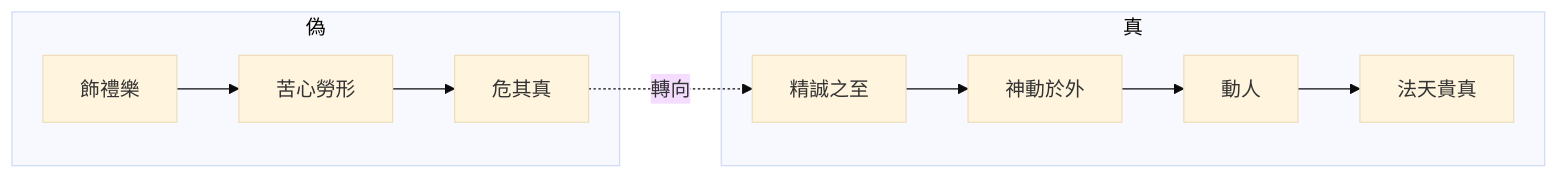
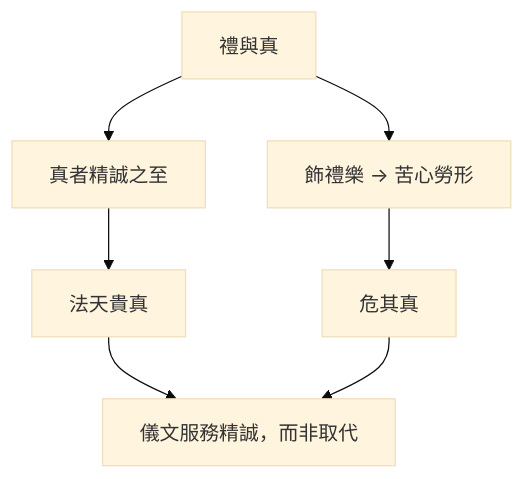
Before and after one commit to show0621/zhuangzi-atlas: the second of 2 diagrams in content/chapters/03-雜篇/31-漁父.md, drawn with Mermaid (base theme). The commit also changed other lines of this file and 61 other files, not shown here.

First line of the commit message:
editorial: §16 心智圖改為思想收束，與結構圖分工

````diff
--- a/content/chapters/03-雜篇/31-漁父.md
+++ b/content/chapters/03-雜篇/31-漁父.md
@@ -286,13 +287,9 @@
 ```mermaid
-flowchart LR
-  subgraph 偽
-    A[飾禮樂] --> B[苦心勞形]
-    B --> C[危其真]
-  end
-  subgraph 真
-    D[精誠之至] --> E[神動於外]
-    E --> F[動人]
-    F --> G[法天貴真]
-  end
-  C -.->|轉向| D
+flowchart TB
+  Q[禮與真] --> F[飾禮樂 → 苦心勞形]
+  F --> C[危其真]
+  Q --> Z[真者精誠之至]
+  Z --> T[法天貴真]
+  T --> R[儀文服務精誠，而非取代]
+  C --> R
 ```
````
